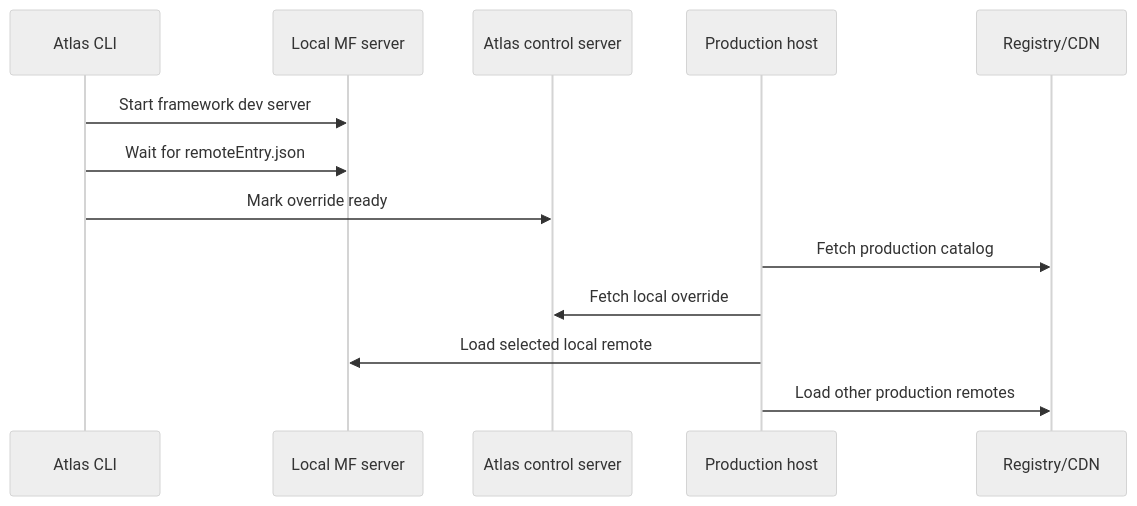
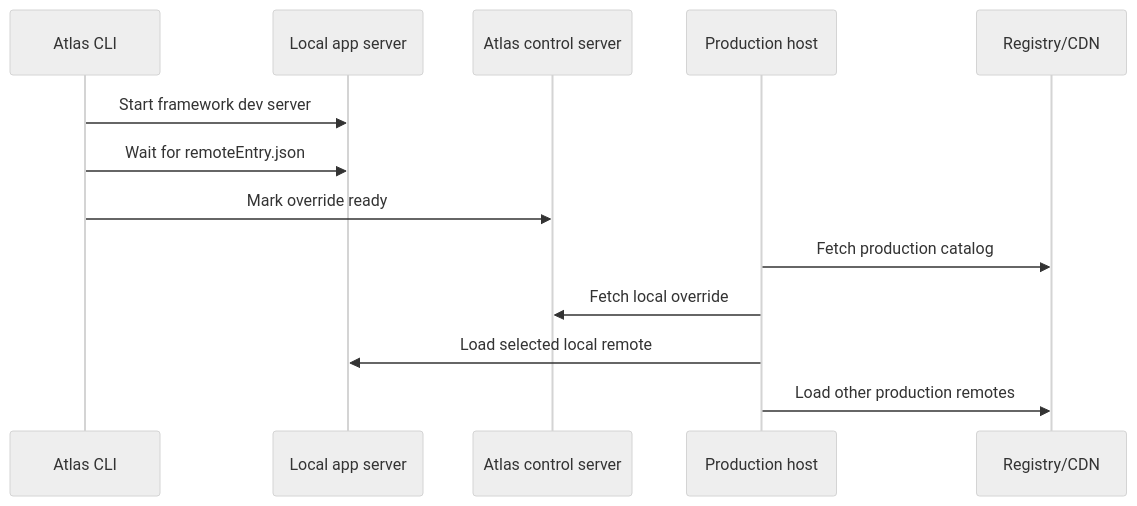
The diagram in docs/local-development.md (bendaj11/atlas), drawn with Mermaid (neutral theme) before and after one commit. The commit also changed other lines of this file and 143 other files, not shown here.

````diff
--- a/docs/local-development.md
+++ b/docs/local-development.md
@@ -34,15 +43,15 @@
 ```mermaid
 sequenceDiagram
   participant CLI as Atlas CLI
-  participant MF as Local MF server
+  participant app as Local app server
   participant Control as Atlas control server
   participant Host as Production host
   participant CDN as Registry/CDN
-  CLI->>MF: Start framework dev server
-  CLI->>MF: Wait for remoteEntry.json
+  CLI->>app: Start framework dev server
+  CLI->>app: Wait for remoteEntry.json
   CLI->>Control: Mark override ready
   Host->>CDN: Fetch production catalog
   Host->>Control: Fetch local override
-  Host->>MF: Load selected local remote
+  Host->>app: Load selected local remote
   Host->>CDN: Load other production remotes
 ```
````
